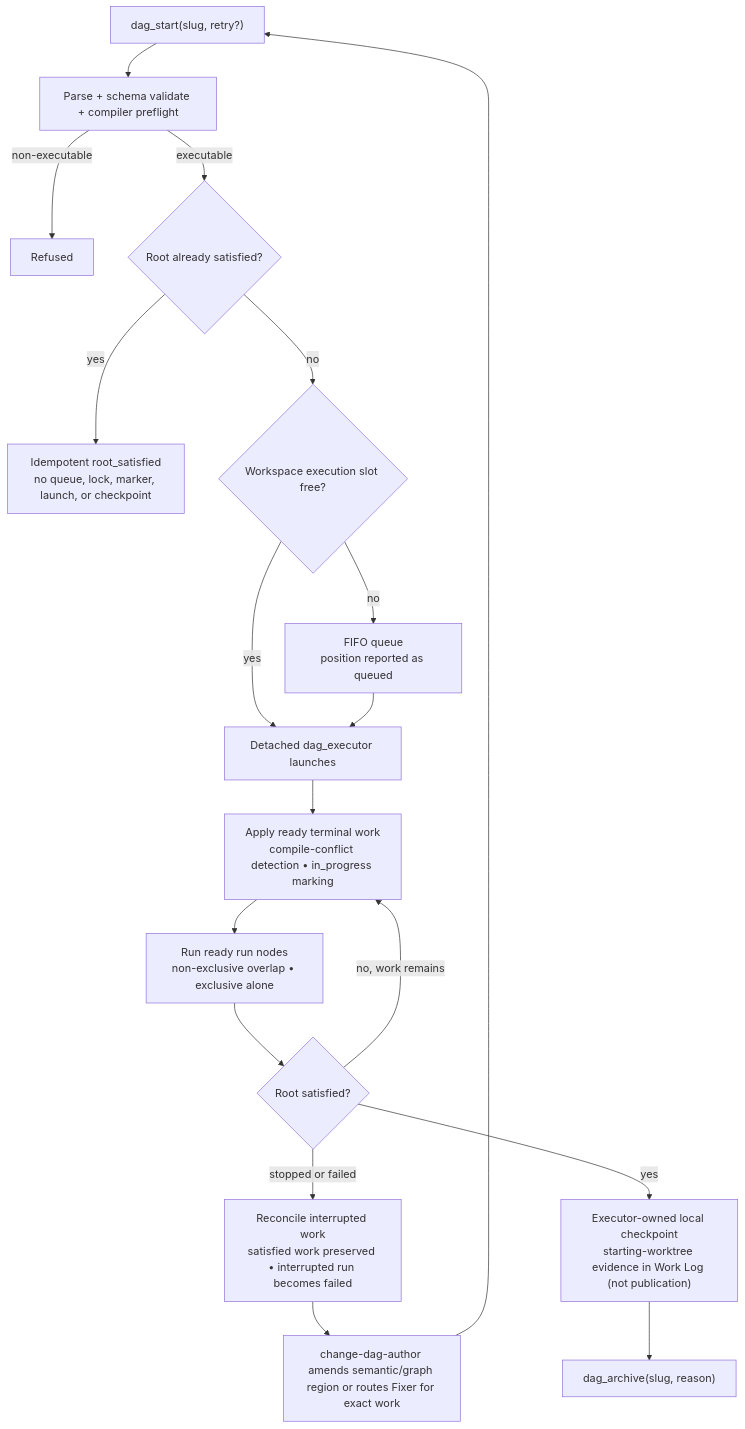
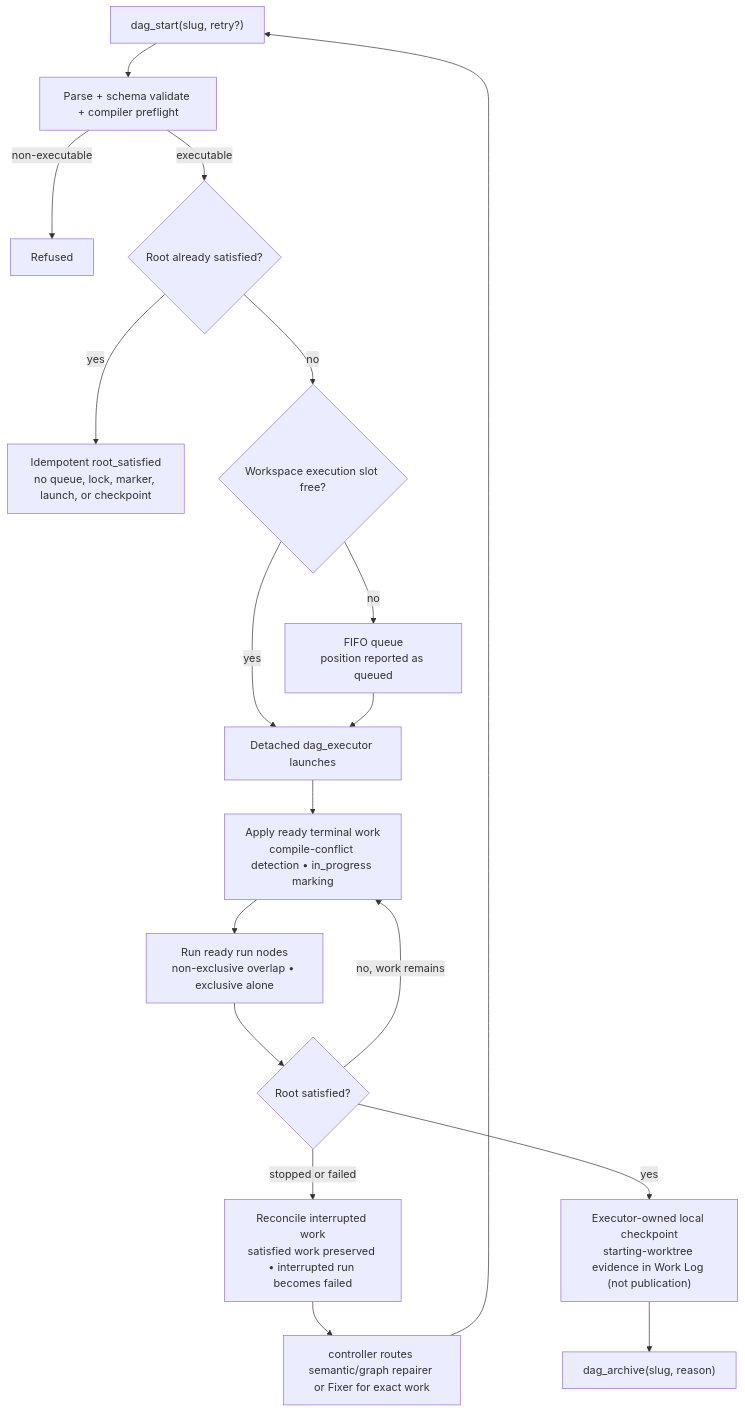
Before and after one commit to xiaden/SkyScow: the second of 2 diagrams in docs/architecture/change-dag-lifecycle.md, drawn with Mermaid. The commit also changed other lines of this file and 58 other files, not shown here.

Commit message:
feat(change-dag): add ephemeral construction controller

````diff
--- a/docs/architecture/change-dag-lifecycle.md
+++ b/docs/architecture/change-dag-lifecycle.md
@@ -44,23 +47,23 @@
 ```mermaid
 flowchart TD
     START["dag_start(slug, retry?)"] --> PF["Parse + schema validate + compiler preflight"]
     PF -->|non-executable| REFUSE["Refused"]
     PF -->|executable| SAT{"Root already satisfied?"}
     SAT -->|yes| DONE["Idempotent root_satisfied<br/>no queue, lock, marker, launch, or checkpoint"]
     SAT -->|no| SLOT{"Workspace execution slot free?"}
 
     SLOT -->|no| Q["FIFO queue<br/>position reported as queued"]
     SLOT -->|yes| RUN["Detached dag_executor launches"]
     Q --> RUN
 
     RUN --> APPLY["Apply ready terminal work<br/>compile-conflict detection • in_progress marking"]
     APPLY --> RUNS["Run ready run nodes<br/>non-exclusive overlap • exclusive alone"]
     RUNS --> STATE{"Root satisfied?"}
     STATE -->|no, work remains| APPLY
     STATE -->|stopped or failed| REC["Reconcile interrupted work<br/>satisfied work preserved • interrupted run becomes failed"]
     STATE -->|yes| CKPT["Executor-owned local checkpoint<br/>starting-worktree evidence in Work Log (not publication)"]
 
-    REC --> AMEND["change-dag-author amends semantic/graph region or routes Fixer for exact work"]
+    REC --> AMEND["controller routes semantic/graph repairer or Fixer for exact work"]
     AMEND --> START
     CKPT --> ARCH["dag_archive(slug, reason)"]
 ```
````
